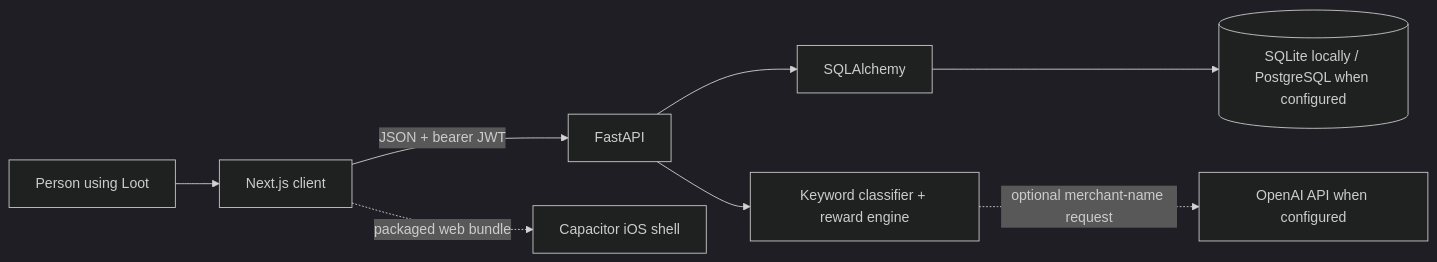
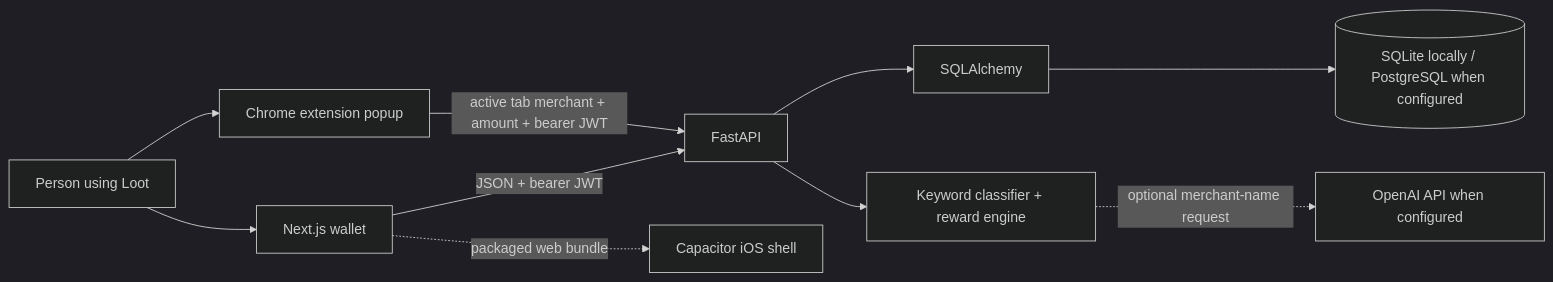
One commit to shwejan005/loot changed the diagram in docs/loot-wallet-project-guide.md. Above: the diagram before and after it, drawn with Mermaid (dark theme). The commit also changed other lines of this file and 14 other files, not shown here.

````diff
--- a/docs/loot-wallet-project-guide.md
+++ b/docs/loot-wallet-project-guide.md
@@ -42,10 +43,12 @@
 ```mermaid
 flowchart LR
-  Person[Person using Loot] --> Web[Next.js client]
+  Person[Person using Loot] --> Web[Next.js wallet]
+  Person --> Extension[Chrome extension popup]
   Web -->|JSON + bearer JWT| API[FastAPI]
+  Extension -->|active tab merchant + amount + bearer JWT| API
   API --> ORM[SQLAlchemy]
   ORM --> DB[(SQLite locally / PostgreSQL when configured)]
   API --> Rules[Keyword classifier + reward engine]
   Rules -. optional merchant-name request .-> OpenAI[OpenAI API when configured]
   Web -. packaged web bundle .-> IOS[Capacitor iOS shell]
 ```
````
